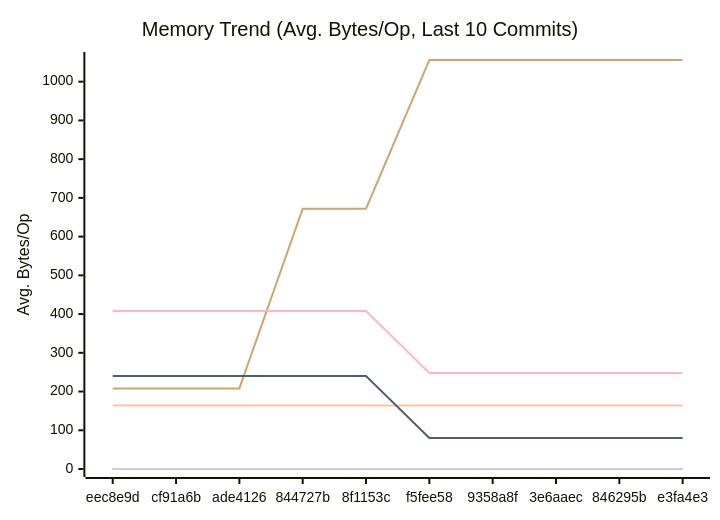
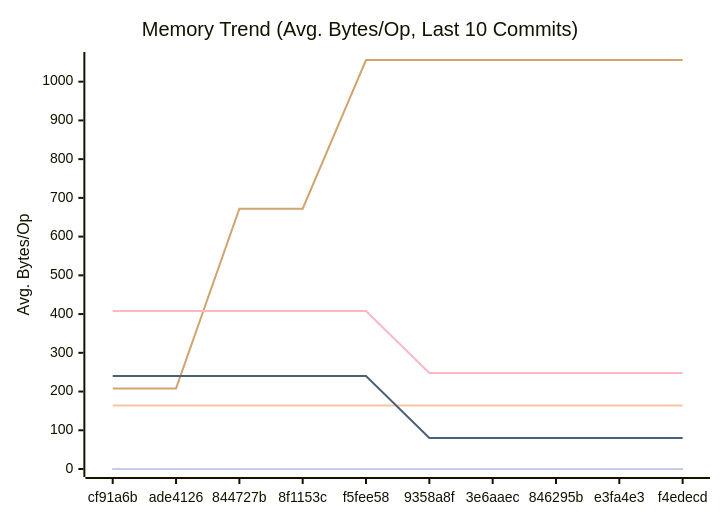
One commit to alsotoes/momo changed the second of 3 diagrams in docs/PERFORMANCE.md. Above: the diagram before and after it, drawn with Mermaid. The commit also changed other lines of this file and 12 other files, not shown here.

````diff
--- a/docs/PERFORMANCE.md
+++ b/docs/PERFORMANCE.md
@@ -97,16 +97,16 @@
 ```mermaid
 xychart-beta
     title "Memory Trend (Avg. Bytes/Op, Last 10 Commits)"
     x-axis "Commit"
     y-axis "Avg. Bytes/Op"
-    x-axis [eec8e9d,cf91a6b,ade4126,844727b,8f1153c,f5fee58,9358a8f,3e6aaec,846295b,e3fa4e3]
+    x-axis [cf91a6b,ade4126,844727b,8f1153c,f5fee58,9358a8f,3e6aaec,846295b,e3fa4e3,f4edecd]
     line "CheckMetricsAndSwap" [0,0,0,0,0,0,0,0,0,0]
     line "CrushOptimized" [0,0,0,0,0,0,0,0,0,0]
     line "CrushOriginal" [164,164,164,164,164,164,164,164,164,164]
     line "IndexDirectTracking" [0,0,0,0,0,0,0,0,0,0]
     line "IndexSearch" [0,0,0,0,0,0,0,0,0,0]
-    line "LoadGlobalConfig" [208,208,208,672,672,1056,1056,1056,1056,1056]
+    line "LoadGlobalConfig" [208,208,672,672,1056,1056,1056,1056,1056,1056]
     line "PadString" [0,0,0,0,0,0,0,0,0,0]
     line "ParseReplicationOrder_NoPrealloc" [408,408,408,408,408,248,248,248,248,248]
     line "ParseReplicationOrder_Prealloc" [240,240,240,240,240,80,80,80,80,80]
 ```
````
